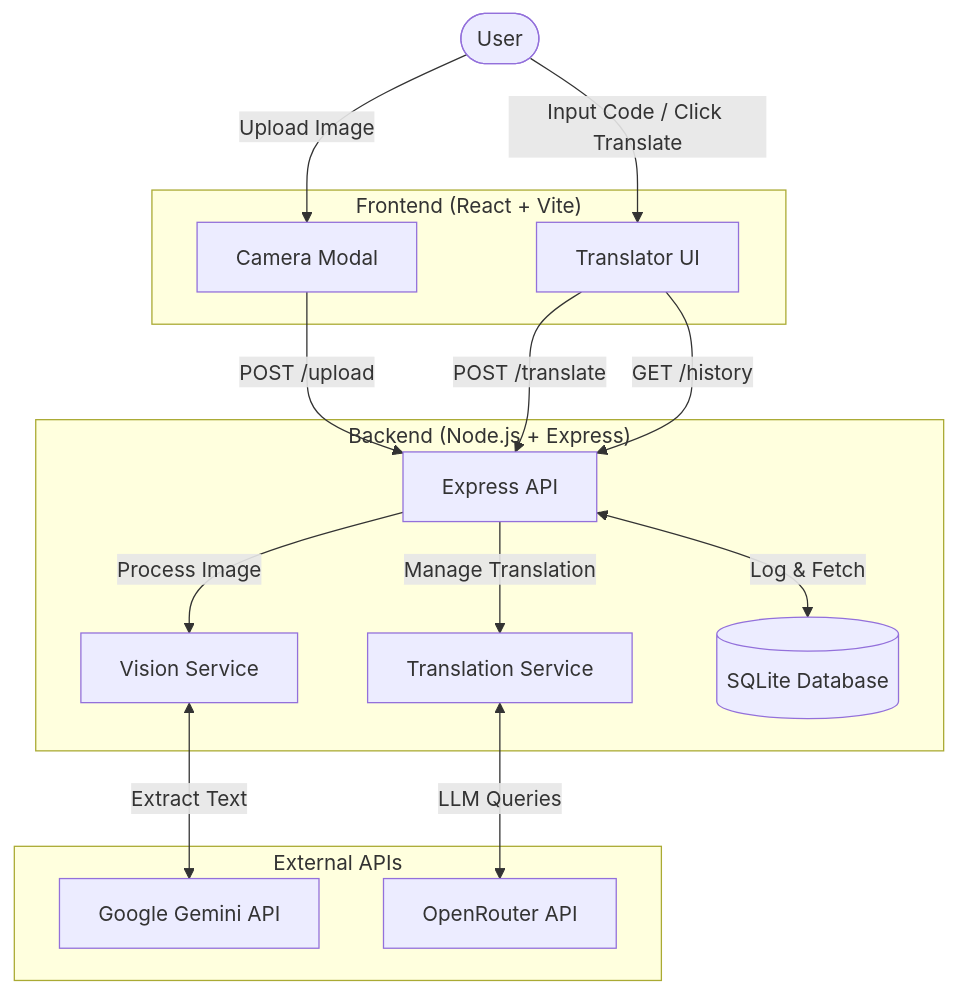
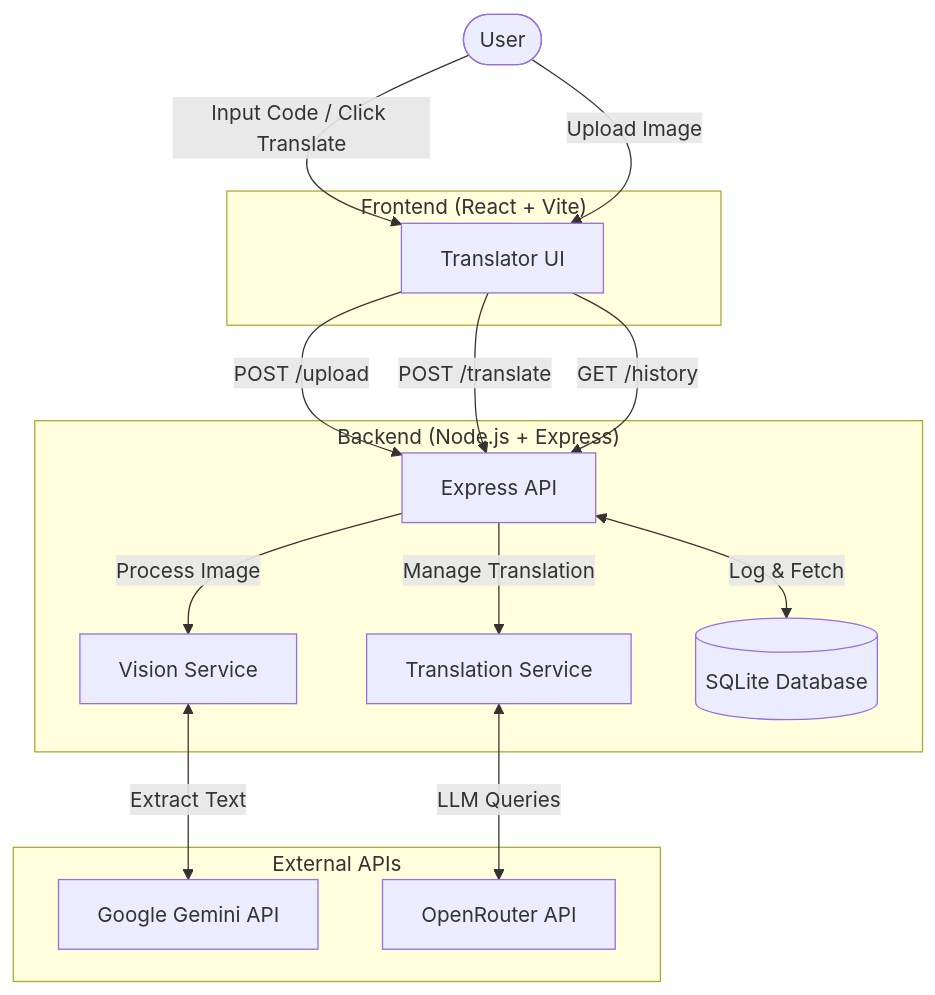
The diagram in docs/architecture.md (sudo-Harshk/Codemorpher), drawn with Mermaid before and after one commit. The commit also changed other lines of this file and 7 other files, not shown here.

Commit message:
new file:   .gitignore 	modified:   README.md 	new file:   backend/.env.example 	deleted:    backend/.gitignore 	modified:   docs/api.md 	modified:   docs/architecture.md 	modified:   docs/setup.md 	deleted:    frontend/.gitignore 	modified:   .gitignore

````diff
--- a/docs/architecture.md
+++ b/docs/architecture.md
@@ -9,36 +9,35 @@
 ```mermaid
 graph TD
     User([User])
     
     subgraph Frontend ["Frontend (React + Vite)"]
         UI["Translator UI"]
-        Cam["Camera Modal"]
     end
     
     subgraph Backend ["Backend (Node.js + Express)"]
         API["Express API"]
         Vision["Vision Service"]
         Translators["Translation Service"]
         DB[("SQLite Database")]
     end
     
     subgraph External ["External APIs"]
         Gemini["Google Gemini API"]
         OpenRouter["OpenRouter API"]
     end
     
     User -->|"Input Code / Click Translate"| UI
-    User -->|"Upload Image"| Cam
+    User -->|"Upload Image"| UI
     
-    Cam -->|"POST /upload"| API
+    UI -->|"POST /upload"| API
     UI -->|"POST /translate"| API
     UI -->|"GET /history"| API
     
     API -->|"Process Image"| Vision
     API -->|"Manage Translation"| Translators
     
     Vision <-->|"Extract Text"| Gemini
     Translators <-->|"LLM Queries"| OpenRouter
     
     API <-->|"Log & Fetch"| DB
 ```
````
